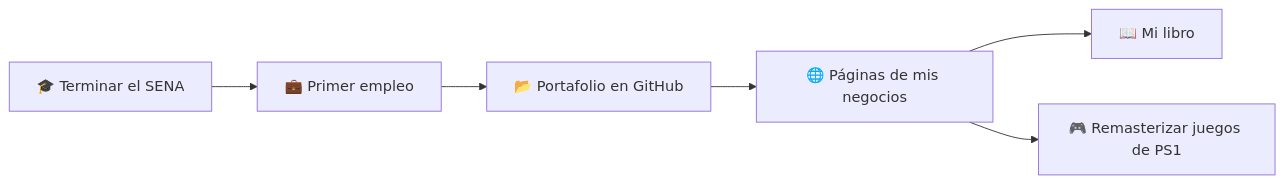
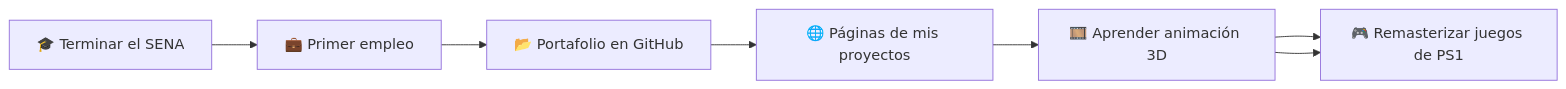
The diagram in README.md (Andresmarin-desarrollador/mis-metas), drawn with Mermaid before and after one commit.

Commit message:
Revise flowchart with new project details
SE MODIFICÓ MI RUTA

````diff
--- a/README.md
+++ b/README.md
@@ -47,8 +47,9 @@
 ```mermaid
 flowchart LR
     A[🎓 Terminar el SENA] --> B[💼 Primer empleo]
     B --> C[📂 Portafolio en GitHub]
-    C --> D[🌐 Páginas de mis negocios]
-    D --> E[📖 Mi libro]
-    D --> F[🎮 Remasterizar juegos de PS1]
+    C --> D[🌐 Páginas de mis proyectos]
+    D --> E[🎞️ Aprender animación 3D]
+    E --> F[📖 Mi libro]
+    E --> F[🎮 Remasterizar juegos de PS1]
 ```
````
